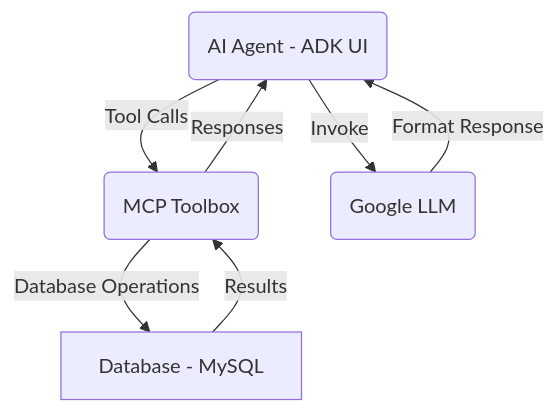
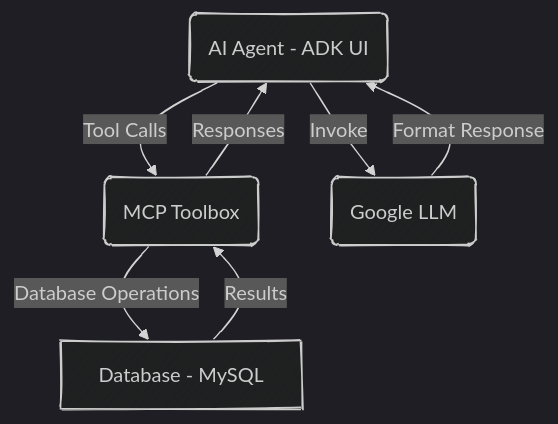
Before and after one commit to sarankumar2002/ai-agent-with-mcp: the diagram in README.md, drawn with Mermaid.

````diff
--- a/README.md
+++ b/README.md
@@ -7,11 +7,15 @@
 ```mermaid
-%%{config: {look: handDrawn}}%%
+---
+config:
+  look: handDrawn
+  theme: dark
+---
 graph TD;
     A(AI Agent - ADK UI) -->|Tool Calls| B(MCP Toolbox)
     A --> |Invoke| X(Google LLM)
     B -->|Database Operations| C[Database - MySQL]
     C -->|Results| B
     B -->|Responses| A
     X --> |Format Response| A
 
 ```
````
